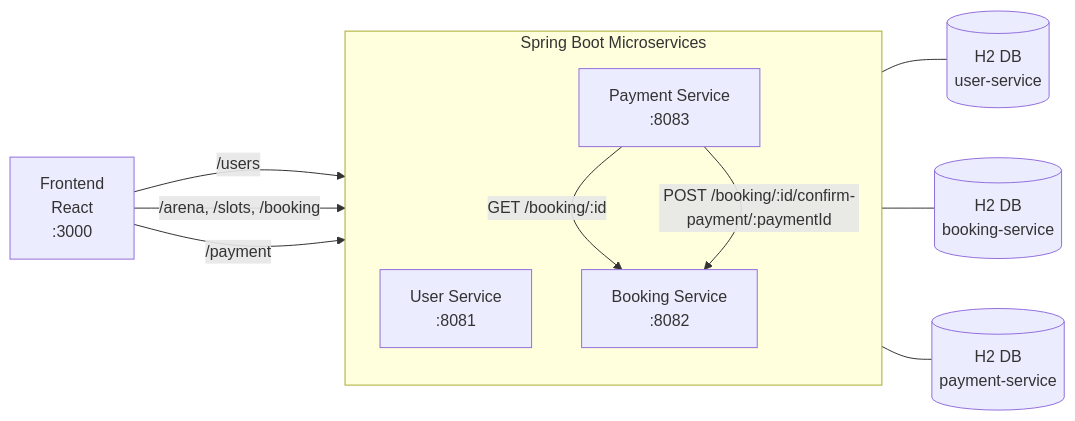
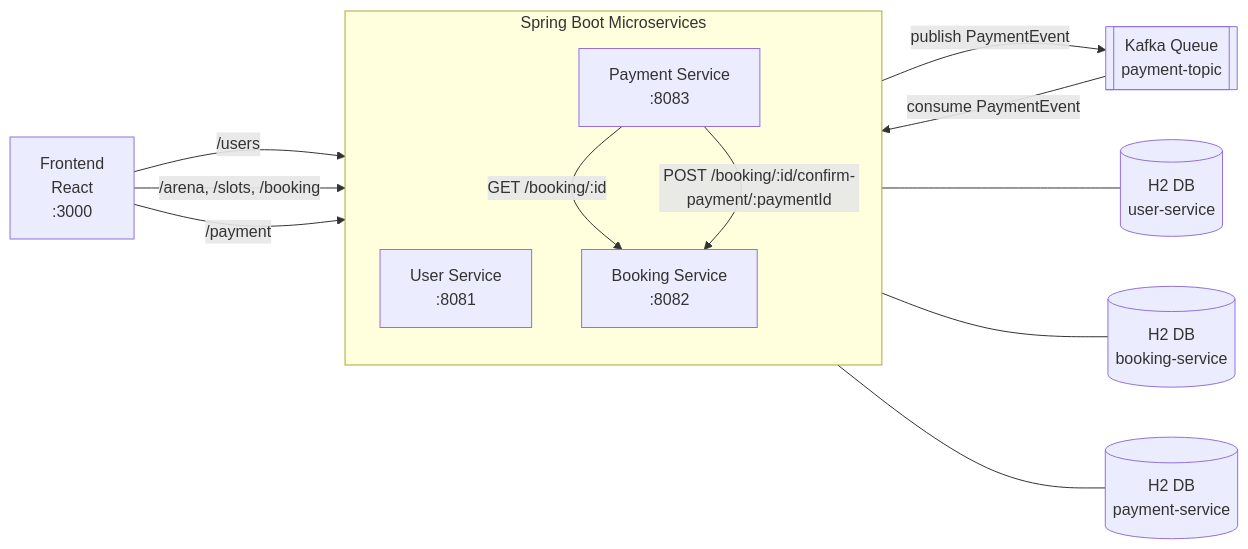
Before and after one commit to anshu8288/PlayArena: the diagram in README.md, drawn with Mermaid. The commit also changed other lines of this file and 10 other files, not shown here.

Commit message:
Added Kafka between payment service and booking service

````diff
--- a/README.md
+++ b/README.md
@@ -7,26 +7,28 @@
 ```mermaid
 flowchart LR
     FE["Frontend<br/>React<br/>:3000"]
 
     subgraph BACKEND["Spring Boot Microservices"]
         direction TB
         US["User Service<br/>:8081"]
         BS["Booking Service<br/>:8082"]
         PS["Payment Service<br/>:8083"]
     end
 
     UDB[("H2 DB<br/>user-service")]
     BDB[("H2 DB<br/>booking-service")]
     PDB[("H2 DB<br/>payment-service")]
 
     FE -->|"/users"| US
     FE -->|"/arena, /slots, /booking"| BS
     FE -->|"/payment"| PS
 
     PS -->|"GET /booking/:id"| BS
+    PS -->|"publish PaymentEvent"| K[[Kafka Queue<br/>payment-topic]]
+    K -->|"consume PaymentEvent"| BS
     PS -->|"POST /booking/:id/confirm-payment/:paymentId"| BS
 
     US --- UDB
     BS --- BDB
     PS --- PDB
 ```
````
